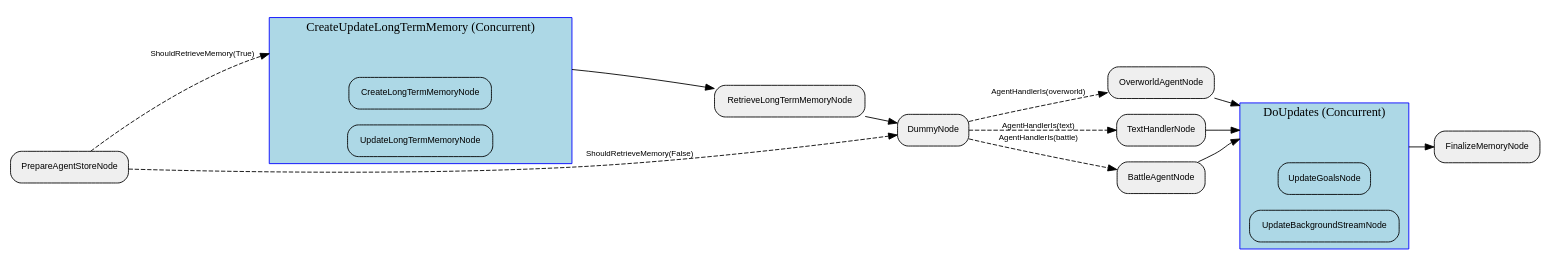
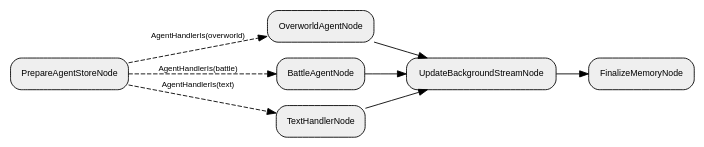
Before and after one commit to clambro/ai-plays-pokemon: the diagram in visualization/agent_graph/Graph.dot, drawn with Graphviz. The commit also changed 57 other files, not shown here.

First line of the commit message:
Move long term memory and goals into the overworld agent (#94)

```diff
--- a/visualization/agent_graph/Graph.dot
+++ b/visualization/agent_graph/Graph.dot
@@ -1,46 +1,19 @@
 digraph "G" {
   rankdir=LR;
   compound=true;
   node [shape=box, style="rounded,filled", fillcolor="#EFEFEF", fontname="Helvetica", fontsize=10];
   edge [fontname="Helvetica", fontsize=9];
-  subgraph "cluster_Vg2hd6Kv8v34S9z1r538B" {
-    label="CreateUpdateLongTermMemory (Concurrent)";
-    style="filled"; fillcolor="lightblue"; color="blue";
-    node [fillcolor="lightblue", style="filled,rounded"];
-    "Vg2hd6Kv8v34S9z1r538B__entry" [label="", shape=point, width=0.01, style=invis];
-    "Vg2hd6Kv8v34S9z1r538B__exit"  [label="", shape=point, width=0.01, style=invis];
-    e4i2JSNigLMBFJbe3vHXj [label="CreateLongTermMemoryNode"];
-    MqpVLM463dgkCTUM8SgwS [label="UpdateLongTermMemoryNode"];
-  }
-  subgraph "cluster_fGiP0VsAowpaVyVuA2BtG" {
-    label="DoUpdates (Concurrent)";
-    style="filled"; fillcolor="lightblue"; color="blue";
-    node [fillcolor="lightblue", style="filled,rounded"];
-    "fGiP0VsAowpaVyVuA2BtG__entry" [label="", shape=point, width=0.01, style=invis];
-    "fGiP0VsAowpaVyVuA2BtG__exit"  [label="", shape=point, width=0.01, style=invis];
-    MN4ziPziOXW06ELuVmUzn [label="UpdateGoalsNode"];
-    JByORDenR72utgAkKIeLK [label="UpdateBackgroundStreamNode"];
-  }
-  "0MaGjWmGWIqEmhREMZfwb" [label="PrepareAgentStoreNode"];
-  JByORDenR72utgAkKIeLK [label="UpdateBackgroundStreamNode"];
-  "8Fj3rcHaczFY6KrIxE2CM" [label="RetrieveLongTermMemoryNode"];
-  MN4ziPziOXW06ELuVmUzn [label="UpdateGoalsNode"];
-  OEE7uI0clMr6XDlM4jJIj [label="OverworldAgentNode"];
-  e4i2JSNigLMBFJbe3vHXj [label="CreateLongTermMemoryNode"];
-  sMUB8ibM7FwyzEM82NEIN [label="FinalizeMemoryNode"];
-  FFWSFtvvR4ZJPgWVhi7d3 [label="TextHandlerNode"];
-  KOlKyhzW7Spw5dOuL9GHS [label="BattleAgentNode"];
-  MqpVLM463dgkCTUM8SgwS [label="UpdateLongTermMemoryNode"];
-  tGTSx4TT9UAUPA6EB9kCI [label="DummyNode"];
-  "0MaGjWmGWIqEmhREMZfwb" -> Vg2hd6Kv8v34S9z1r538B__entry [lhead="cluster_Vg2hd6Kv8v34S9z1r538B", style="dashed", label="ShouldRetrieveMemory(True)"];
-  Vg2hd6Kv8v34S9z1r538B__exit -> "8Fj3rcHaczFY6KrIxE2CM" [ltail="cluster_Vg2hd6Kv8v34S9z1r538B", style="solid"];
-  "0MaGjWmGWIqEmhREMZfwb" -> tGTSx4TT9UAUPA6EB9kCI [style="dashed", label="ShouldRetrieveMemory(False)"];
-  "8Fj3rcHaczFY6KrIxE2CM" -> tGTSx4TT9UAUPA6EB9kCI [style="solid"];
-  tGTSx4TT9UAUPA6EB9kCI -> OEE7uI0clMr6XDlM4jJIj [style="dashed", label="AgentHandlerIs(overworld)"];
-  tGTSx4TT9UAUPA6EB9kCI -> KOlKyhzW7Spw5dOuL9GHS [style="dashed", label="AgentHandlerIs(battle)"];
-  tGTSx4TT9UAUPA6EB9kCI -> FFWSFtvvR4ZJPgWVhi7d3 [style="dashed", label="AgentHandlerIs(text)"];
-  FFWSFtvvR4ZJPgWVhi7d3 -> fGiP0VsAowpaVyVuA2BtG__entry [lhead="cluster_fGiP0VsAowpaVyVuA2BtG", style="solid"];
-  KOlKyhzW7Spw5dOuL9GHS -> fGiP0VsAowpaVyVuA2BtG__entry [lhead="cluster_fGiP0VsAowpaVyVuA2BtG", style="solid"];
-  OEE7uI0clMr6XDlM4jJIj -> fGiP0VsAowpaVyVuA2BtG__entry [lhead="cluster_fGiP0VsAowpaVyVuA2BtG", style="solid"];
-  fGiP0VsAowpaVyVuA2BtG__exit -> sMUB8ibM7FwyzEM82NEIN [ltail="cluster_fGiP0VsAowpaVyVuA2BtG", style="solid"];
+  "691feNRbW90iv0dBEmjRT" [label="UpdateBackgroundStreamNode"];
+  D5308ISStcyzgS4fuv8Rg [label="FinalizeMemoryNode"];
+  iTXhBDjcRvEULkSm9kOvg [label="OverworldAgentNode"];
+  e163hixmCuDiVqJOrM3Im [label="PrepareAgentStoreNode"];
+  dWhDSPd9CtWpjztTQAEo4 [label="BattleAgentNode"];
+  uDZxOORbpeQzvaJBVb36d [label="TextHandlerNode"];
+  e163hixmCuDiVqJOrM3Im -> iTXhBDjcRvEULkSm9kOvg [style="dashed", label="AgentHandlerIs(overworld)"];
+  e163hixmCuDiVqJOrM3Im -> dWhDSPd9CtWpjztTQAEo4 [style="dashed", label="AgentHandlerIs(battle)"];
+  e163hixmCuDiVqJOrM3Im -> uDZxOORbpeQzvaJBVb36d [style="dashed", label="AgentHandlerIs(text)"];
+  uDZxOORbpeQzvaJBVb36d -> "691feNRbW90iv0dBEmjRT" [style="solid"];
+  dWhDSPd9CtWpjztTQAEo4 -> "691feNRbW90iv0dBEmjRT" [style="solid"];
+  iTXhBDjcRvEULkSm9kOvg -> "691feNRbW90iv0dBEmjRT" [style="solid"];
+  "691feNRbW90iv0dBEmjRT" -> D5308ISStcyzgS4fuv8Rg [style="solid"];
 }
```
